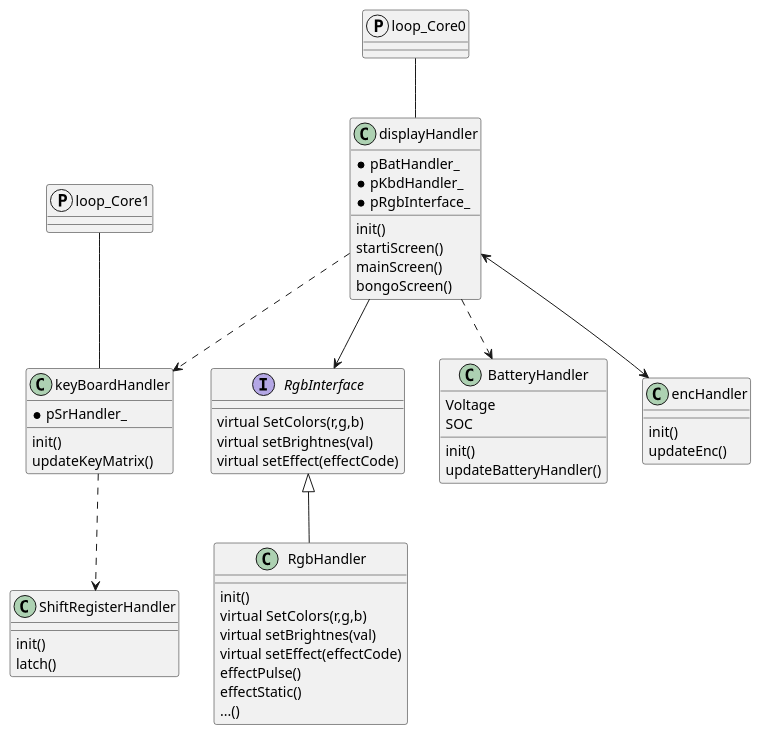
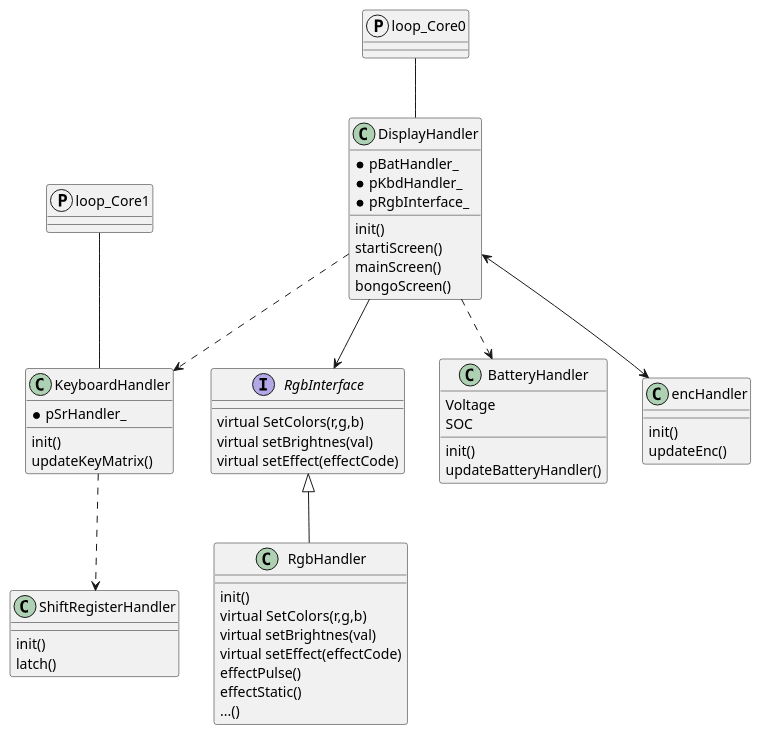
One commit to tigmit/TIGMIT-NEKO-BOARD changed the diagram in Documentation/Class_Structure.puml. Above: the diagram before and after it, drawn with PlantUML. The commit also changed 7 other files, not shown here.

```diff
--- a/Documentation/Class_Structure.puml
+++ b/Documentation/Class_Structure.puml
@@ -1,64 +1,64 @@
 @startuml classStructure
 
 protocol loop_Core0
 
 protocol loop_Core1
 
 class ShiftRegisterHandler
 ShiftRegisterHandler : init()
 ShiftRegisterHandler : latch()
 
-class keyBoardHandler
-keyBoardHandler : init()
-keyBoardHandler : updateKeyMatrix()
-keyBoardHandler : *pSrHandler_
+class KeyboardHandler
+KeyboardHandler : init()
+KeyboardHandler : updateKeyMatrix()
+KeyboardHandler : *pSrHandler_
 
-class displayHandler
-displayHandler : init()
-displayHandler : startiScreen()
-displayHandler : mainScreen()
-displayHandler : bongoScreen()
-displayHandler : *pBatHandler_
-displayHandler : *pKbdHandler_
-displayHandler : *pRgbInterface_
+class DisplayHandler
+DisplayHandler : init()
+DisplayHandler : startiScreen()
+DisplayHandler : mainScreen()
+DisplayHandler : bongoScreen()
+DisplayHandler : *pBatHandler_
+DisplayHandler : *pKbdHandler_
+DisplayHandler : *pRgbInterface_
 
 interface RgbInterface
 RgbInterface : virtual SetColors(r,g,b)      
 RgbInterface : virtual setBrightnes(val)     
 RgbInterface : virtual setEffect(effectCode)
 
 class RgbHandler
 RgbHandler : init()
 RgbHandler : virtual SetColors(r,g,b)     
 RgbHandler : virtual setBrightnes(val)    
 RgbHandler : virtual setEffect(effectCode)
 RgbHandler : effectPulse()
 RgbHandler : effectStatic()
 RgbHandler : ...()
 
 class BatteryHandler
 BatteryHandler : init()
 BatteryHandler : updateBatteryHandler()
 BatteryHandler : Voltage
 BatteryHandler : SOC
 
 class encHandler
 encHandler : init()
 encHandler : updateEnc()
 
 
-keyBoardHandler ..> ShiftRegisterHandler
-displayHandler ..> BatteryHandler
-displayHandler ..> keyBoardHandler
-displayHandler --> RgbInterface
-displayHandler <--> encHandler
+KeyboardHandler ..> ShiftRegisterHandler
+DisplayHandler ..> BatteryHandler
+DisplayHandler ..> KeyboardHandler
+DisplayHandler --> RgbInterface
+DisplayHandler <--> encHandler
 
 RgbInterface <|-- RgbHandler
 
-loop_Core1 -- keyBoardHandler
+loop_Core1 -- KeyboardHandler
 
-loop_Core0 -- displayHandler
+loop_Core0 -- DisplayHandler
 
 
 
 @enduml
```
